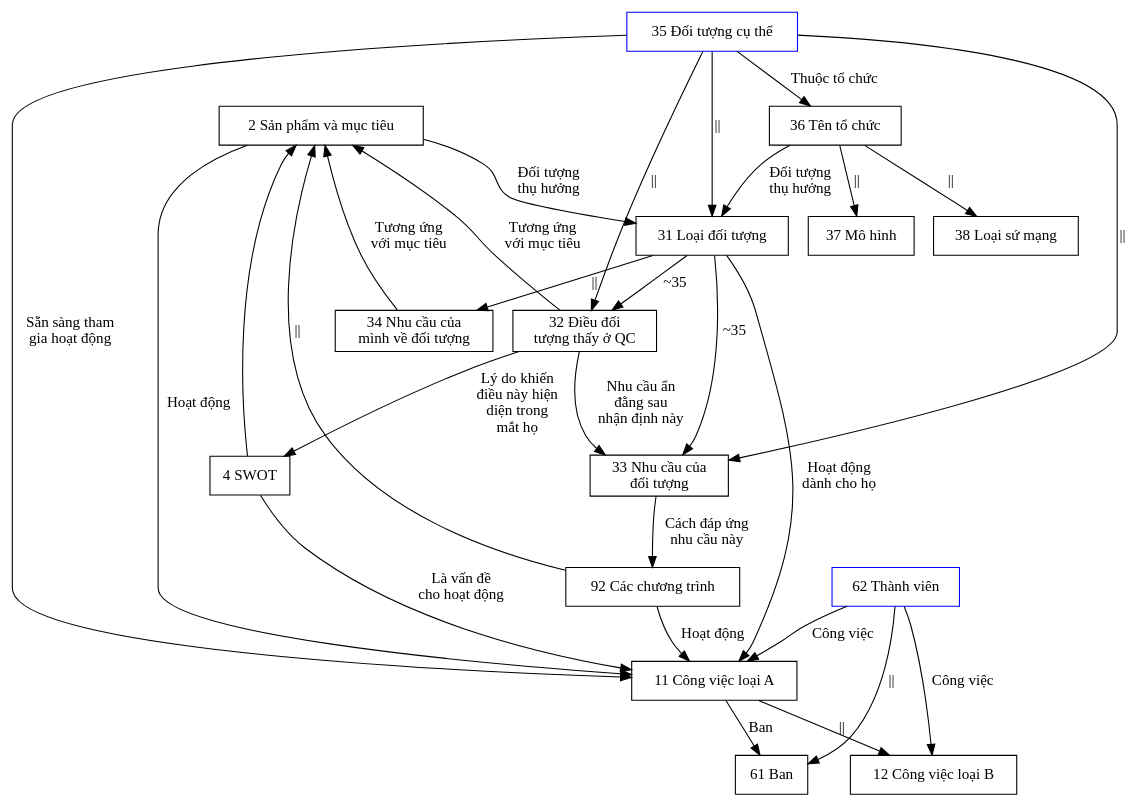
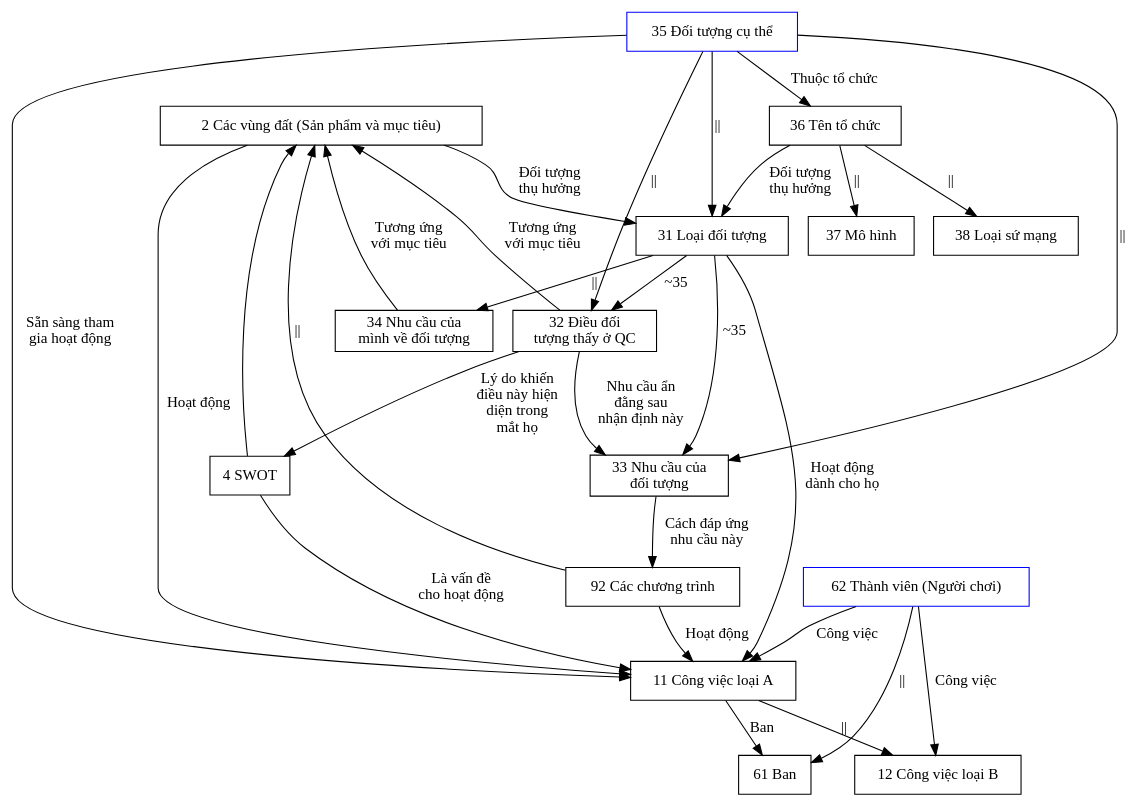
Before and after one commit to QuaCau-TheSphere/LandofSpheres: the first of 2 diagrams in Ξ Meta 0/03 Lược đồ.md, drawn with Graphviz. The commit also changed other lines of this file and 1944 other files, not shown here.

````diff
--- a/Ξ Meta 0/03 Lược đồ.md
+++ b/Ξ Meta 0/03 Lược đồ.md
@@ -5,55 +5,55 @@
 ```dot
 digraph {
 overlap = scale
 //overlap = false;
 splines = true
 
 node [shape=round] 
-2 [label="2 Sản phẩm và mục tiêu"] 
+2 [label="2 Các vùng đất (Sản phẩm và mục tiêu)"] 
 4 [label="4 SWOT"] 
 
 11 [label="11 Công việc loại A"] 
 12 [label="12 Công việc loại B"] 
 
 31 [label="31 Loại đối tượng"] 
 32 [label="32 Điều đối\ntượng thấy ở QC"] 
 33 [label="33 Nhu cầu của\nđối tượng"] 
 34 [label="34 Nhu cầu của\nmình về đối tượng"] 
 35 [label="35 Đối tượng cụ thể" color=blue] 
 36 [label="36 Tên tổ chức"] 
 37 [label="37 Mô hình"] 
 38 [label="38 Loại sứ mạng"] 
 
 61 [label="61 Ban"] 
-62 [label="62 Thành viên" color=blue] 
+62 [label="62 Thành viên (Người chơi)" color=blue] 
 
 92 [label="92 Các chương trình"]
 
 35 -> {31,32, 33} [label="||" ]
 31 -> {32} [label="~35"] 
 31 -> 33 [label="~35"] 
 31 -> 34 [label="||"] 
 32 -> 4 [label="Lý do khiến\nđiều này hiện\ndiện trong\nmắt họ"] 
 32 -> 33 [label="Nhu cầu ẩn\nđằng sau\nnhận định này"] 
 {34, 32} -> 2 [label="Tương ứng\nvới mục tiêu" ] 
 35 -> 36 [label="Thuộc tổ chức"]
 36 -> {37, 38} [label="||"]
 36 -> 31 [label="Đối tượng\nthụ hưởng"]
 33 -> 92 [label="Cách đáp ứng\nnhu cầu này"]
 92 -> 11 [label="Hoạt động"]
 
 35 -> 11 [label="Sẵn sàng tham\ngia hoạt động"]
 31 -> 11 [label="Hoạt động\ndành cho họ"]
 2 -> 11 [label="Hoạt động"] 
 2 -> 31 [label="Đối tượng\nthụ hưởng"]
 4 -> 11 [label="Là vấn đề\ncho hoạt động"]
 92 -> 2 [label="||"]
 4 -> 2
 
 11 -> 12 [label="||"]
 11 -> 61 [label="Ban"]
 
 62 -> {11, 12} [label="Công việc"]
 62 -> 61 [label="||"]
 }
 ```
````
